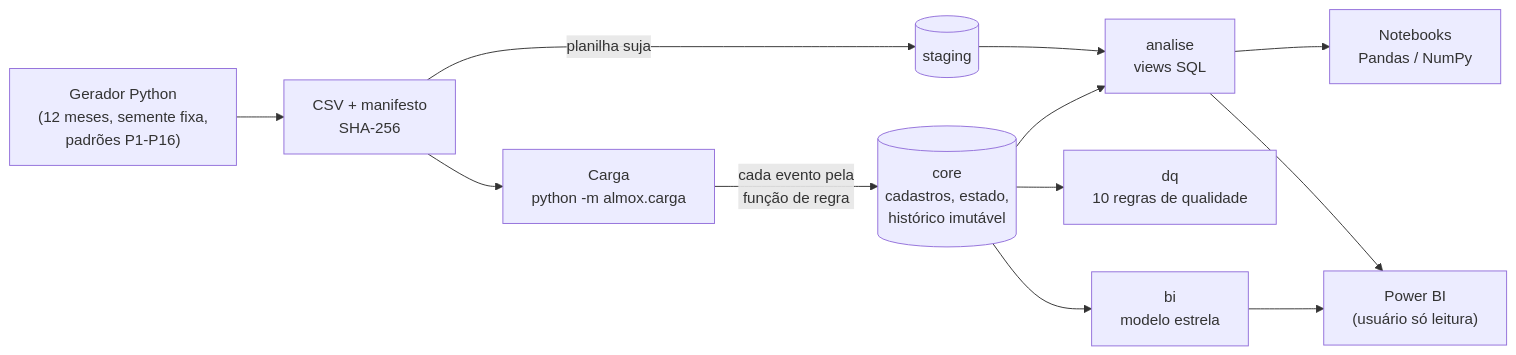
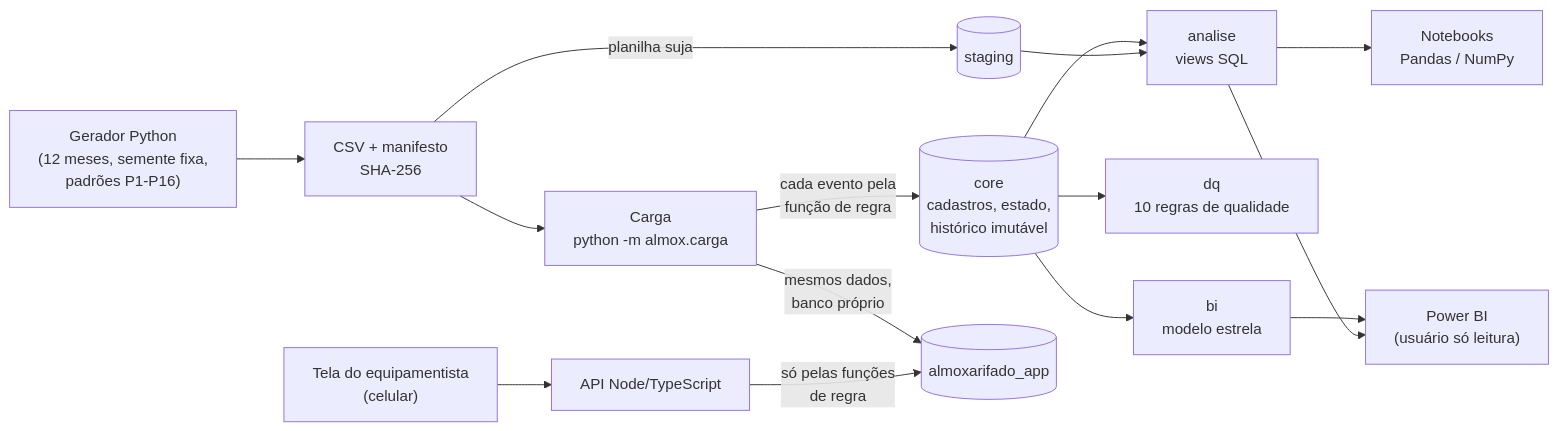
The diagram in README.md (DiegoSantiago1/controle-materiais-cautela), drawn with Mermaid before and after one commit. The commit also changed other lines of this file and 6 other files, not shown here.

````diff
--- a/README.md
+++ b/README.md
@@ -50,14 +50,17 @@
 ```mermaid
 flowchart LR
     G["Gerador Python<br/>(12 meses, semente fixa,<br/>padrões P1-P16)"] --> CSV["CSV + manifesto<br/>SHA-256"]
     CSV --> C["Carga<br/>python -m almox.carga"]
     C -->|"cada evento pela<br/>função de regra"| CORE[("core<br/>cadastros, estado,<br/>histórico imutável")]
     CSV -->|planilha suja| STG[("staging")]
     CORE --> AN["analise<br/>views SQL"]
     STG --> AN
     CORE --> DQ["dq<br/>10 regras de qualidade"]
     CORE --> BI["bi<br/>modelo estrela"]
     AN --> NB["Notebooks<br/>Pandas / NumPy"]
     BI --> PBI["Power BI<br/>(usuário só leitura)"]
     AN --> PBI
+    C -->|"mesmos dados,<br/>banco próprio"| APP[("almoxarifado_app")]
+    TELA["Tela do equipamentista<br/>(celular)"] --> API["API Node/TypeScript"]
+    API -->|"só pelas funções<br/>de regra"| APP
 ```
````
